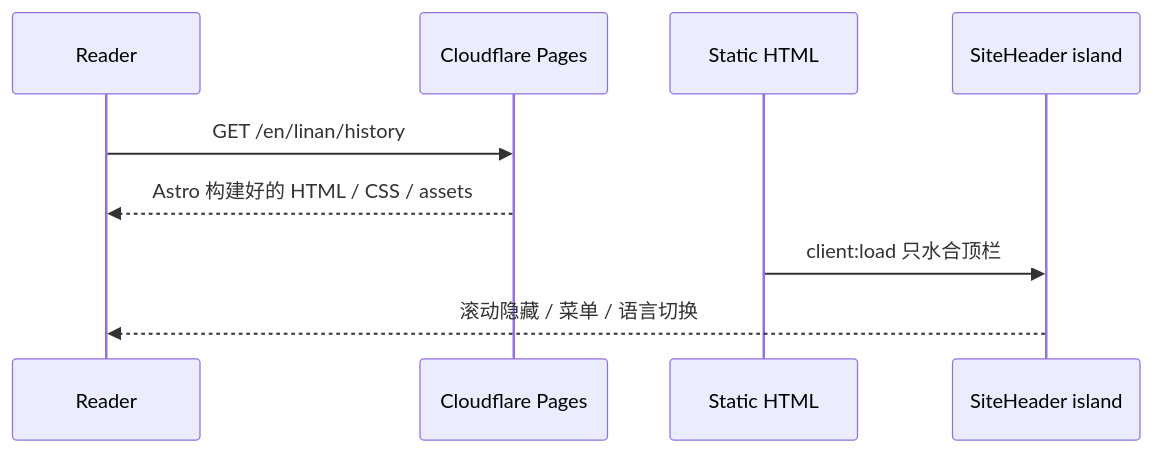
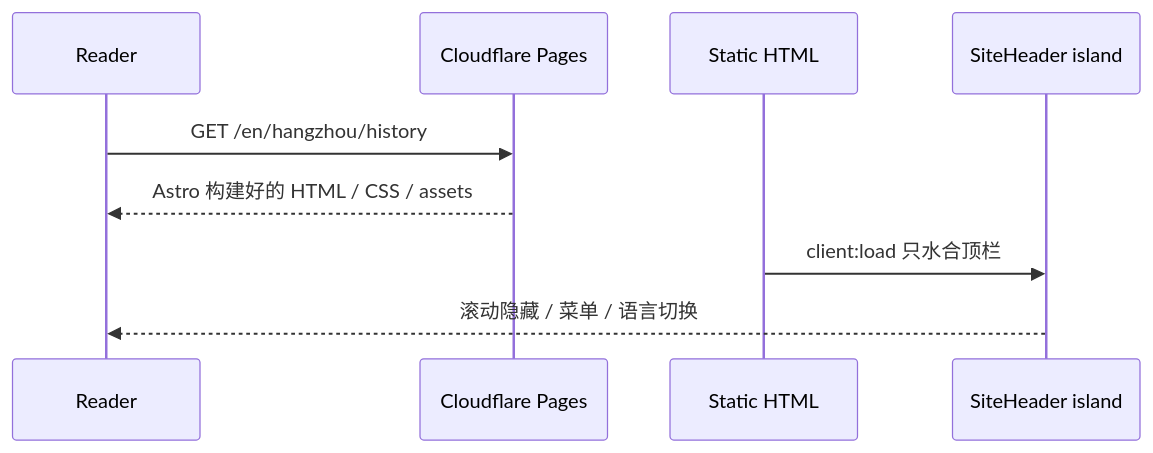
Before and after one commit to robinv8/jiuzhou-world: the first of 6 diagrams in brain/flow.md, drawn with Mermaid. The commit also changed other lines of this file and 188 other files, not shown here.

````diff
--- a/brain/flow.md
+++ b/brain/flow.md
@@ -14,11 +14,11 @@
 ```mermaid
 sequenceDiagram
   participant U as Reader
   participant CDN as Cloudflare Pages
   participant HTML as Static HTML
   participant H as SiteHeader island
-  U->>CDN: GET /en/linan/history
+  U->>CDN: GET /en/hangzhou/history
   CDN-->>U: Astro 构建好的 HTML / CSS / assets
   HTML->>H: client:load 只水合顶栏
   H-->>U: 滚动隐藏 / 菜单 / 语言切换
 ```
````
